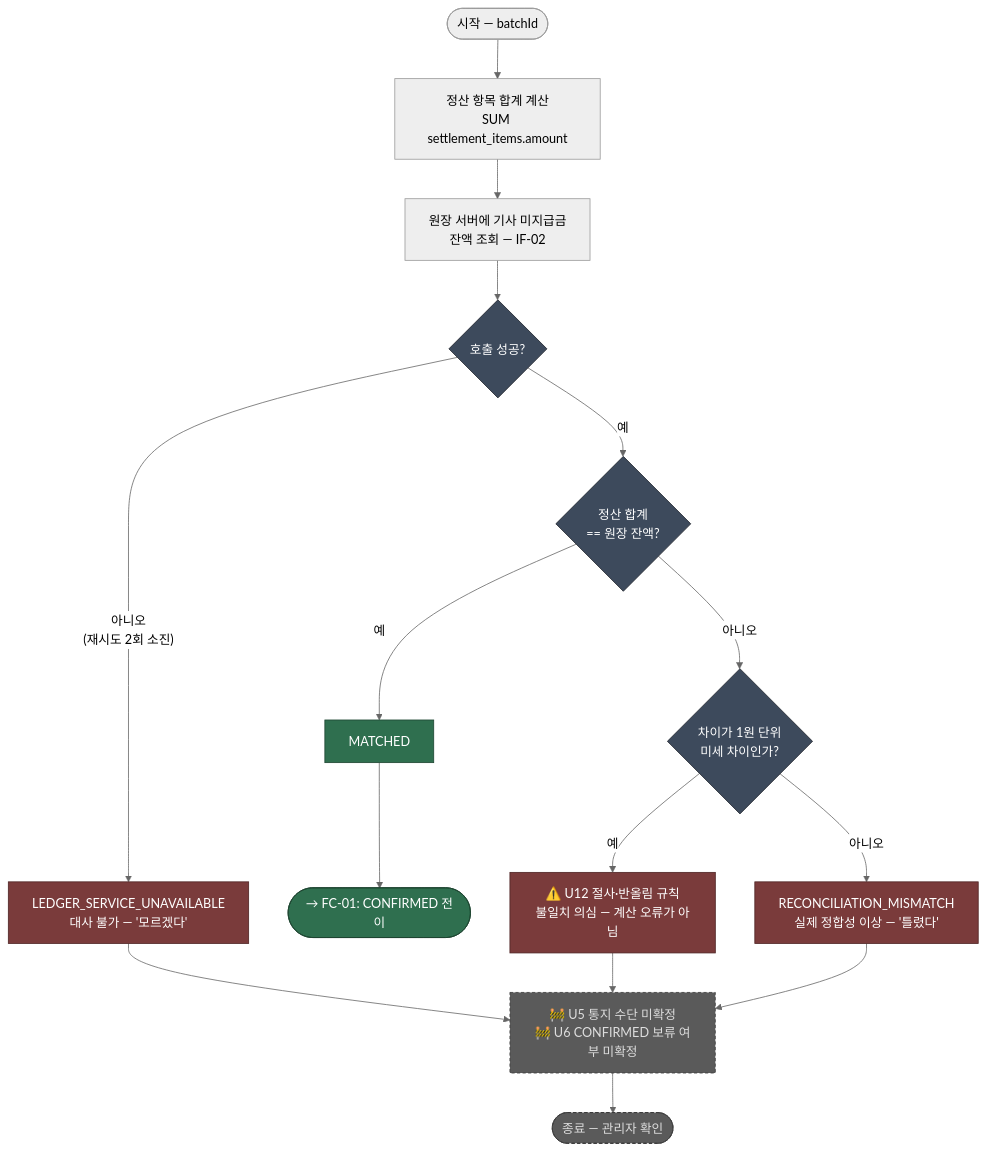
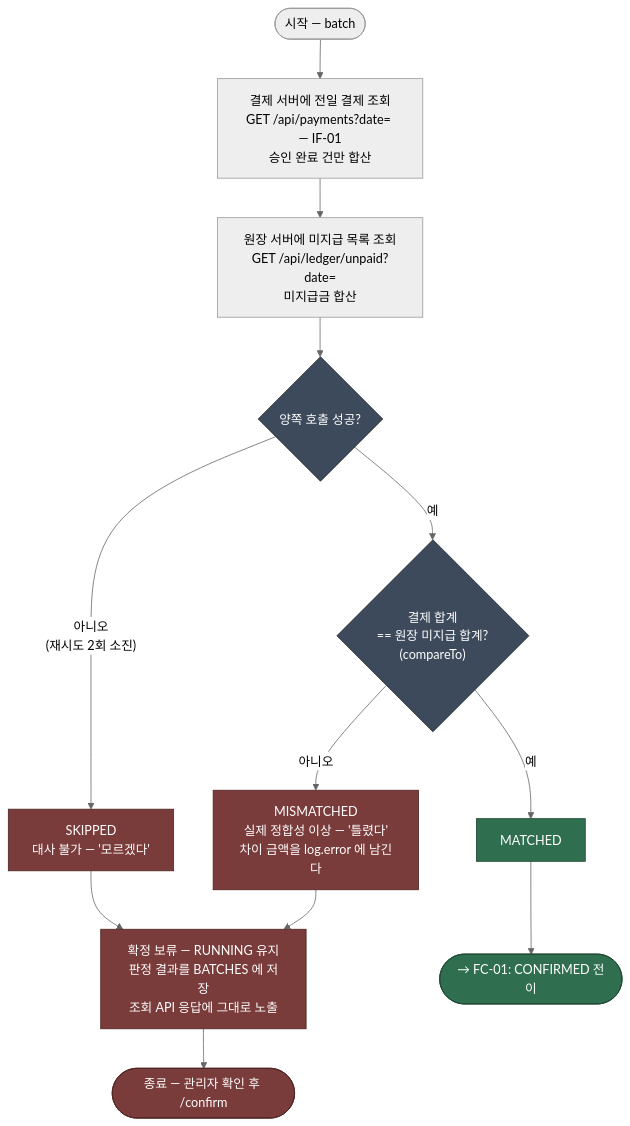
The diagram in docs/05-flow-chart/03-fc-03-reconciliation-decision.md (Easy-ADJ/driver-settlement-system), drawn with Mermaid (neutral theme) before and after one commit. The commit also changed other lines of this file and 9 other files, not shown here.

````diff
--- a/docs/05-flow-chart/03-fc-03-reconciliation-decision.md
+++ b/docs/05-flow-chart/03-fc-03-reconciliation-decision.md
@@ -7,32 +7,28 @@
 ```mermaid
 flowchart TB
-    start(["시작 — batchId"]) --> sumItems["정산 항목 합계 계산<br/>SUM settlement_items.amount"]
-    sumItems --> callLedger["원장 서버에 기사 미지급금<br/>잔액 조회 — IF-02"]
+    start(["시작 — batch"]) --> callPayment["결제 서버에 전일 결제 조회<br/>GET /api/payments?date= — IF-01<br/>승인 완료 건만 합산"]
+    callPayment --> callLedger["원장 서버에 미지급 목록 조회<br/>GET /api/ledger/unpaid?date=<br/>미지급금 합산"]
 
-    callLedger --> ledgerOk{"호출 성공?"}
-    ledgerOk -->|"아니오<br/>(재시도 2회 소진)"| unavailable["LEDGER_SERVICE_UNAVAILABLE<br/>대사 불가 — '모르겠다'"]
+    callLedger --> bothOk{"양쪽 호출 성공?"}
+    bothOk -->|"아니오<br/>(재시도 2회 소진)"| unavailable["SKIPPED<br/>대사 불가 — '모르겠다'"]
     unavailable --> pending
 
-    ledgerOk -->|예| compare{"정산 합계<br/>== 원장 잔액?"}
+    bothOk -->|예| compare{"결제 합계<br/>== 원장 미지급 합계?<br/>(compareTo)"}
     compare -->|예| matched["MATCHED"]
     matched --> confirm(["→ FC-01: CONFIRMED 전이"])
 
-    compare -->|아니오| diff{"차이가 1원 단위<br/>미세 차이인가?"}
-    diff -->|예| roundingSuspect["⚠️ U12 절사·반올림 규칙<br/>불일치 의심 — 계산 오류가 아님"]
-    diff -->|아니오| realMismatch["RECONCILIATION_MISMATCH<br/>실제 정합성 이상 — '틀렸다'"]
-
-    roundingSuspect --> pending
+    compare -->|아니오| realMismatch["MISMATCHED<br/>실제 정합성 이상 — '틀렸다'<br/>차이 금액을 log.error 에 남긴다"]
     realMismatch --> pending
 
-    pending["🚧 U5 통지 수단 미확정<br/>🚧 U6 CONFIRMED 보류 여부 미확정"]
-    pending --> endPending(["종료 — 관리자 확인"])
+    pending["확정 보류 — RUNNING 유지<br/>판정 결과를 BATCHES 에 저장<br/>조회 API 응답에 그대로 노출"]
+    pending --> endPending(["종료 — 관리자 확인 후 /confirm"])
 
     classDef decision fill:#3d4a5c,stroke:#22252d,color:#ffffff;
     classDef bad fill:#7a3b3b,stroke:#4d2323,color:#ffffff;
     classDef good fill:#2f6f4f,stroke:#1c4430,color:#ffffff;
     classDef unknown fill:#5a5a5a,stroke:#3a3a3a,color:#dddddd,stroke-dasharray:4 3;
-    class ledgerOk,compare,diff decision;
-    class unavailable,realMismatch,roundingSuspect bad;
+    class bothOk,compare decision;
+    class unavailable,realMismatch bad;
     class matched,confirm good;
-    class pending,endPending unknown;
+    class pending,endPending bad;
 ```
````
